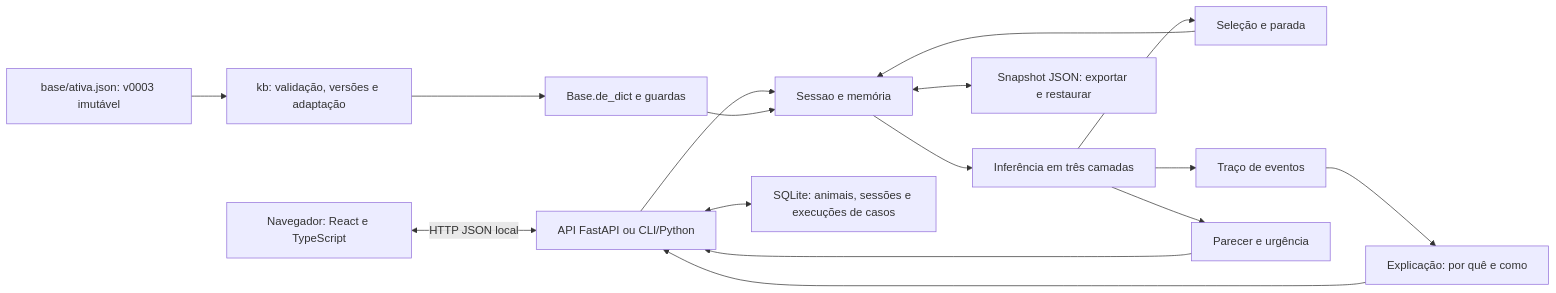
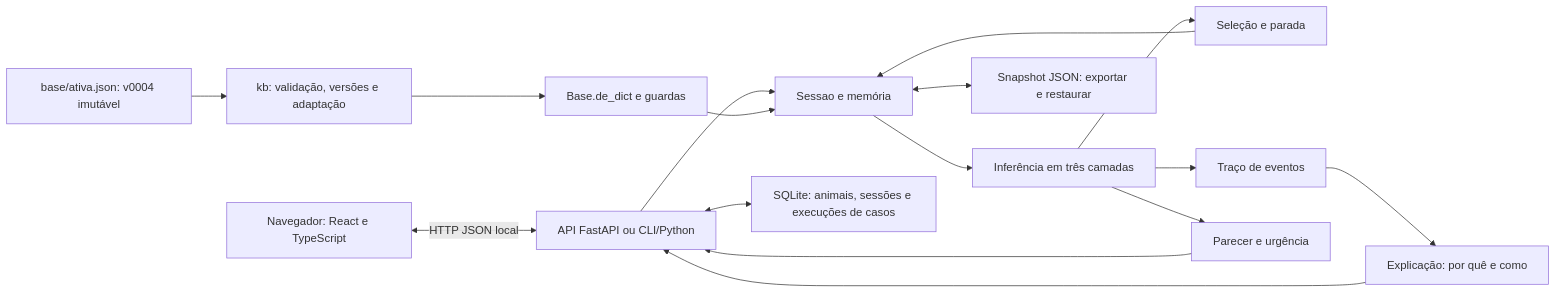
The diagram in docs/entrega/02-arquitetura.md (Caio-Augusto-Paiva/HackAthon), drawn with Mermaid before and after one commit. The commit also changed other lines of this file and 5 other files, not shown here.

Commit message:
docs(entrega): atualiza para a base ativa v0004 e explicações em linguagem comum

````diff
--- a/docs/entrega/02-arquitetura.md
+++ b/docs/entrega/02-arquitetura.md
@@ -7,18 +7,18 @@
 ```mermaid
 flowchart LR
     W[Navegador: React e TypeScript] <-->|HTTP JSON local| C
-    J[base/ativa.json: v0003 imutável] --> K[kb: validação, versões e adaptação]
+    J[base/ativa.json: v0004 imutável] --> K[kb: validação, versões e adaptação]
     K --> V[Base.de_dict e guardas]
     C[API FastAPI ou CLI/Python] --> S[Sessao e memória]
     V --> S
     S --> I[Inferência em três camadas]
     I --> Q[Seleção e parada]
     Q --> S
     I --> T[Traço de eventos]
     T --> E[Explicação: por quê e como]
     I --> P[Parecer e urgência]
     E --> C
     P --> C
     S <--> R[Snapshot JSON: exportar e restaurar]
     C <--> D[SQLite: animais, sessões e execuções de casos]
 ```
````
